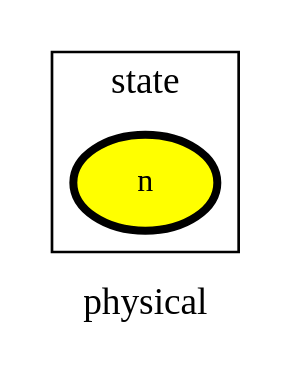
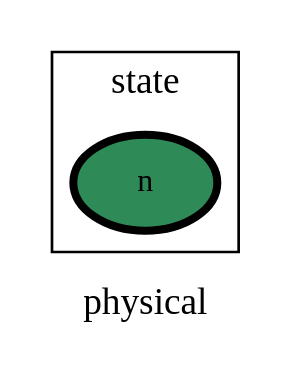
One commit to heinz-preisig/processes_distributed_no_interface_eqs changed the diagram in ontology_graphs/graph__physical.dot. Above: the diagram before and after it, drawn with Graphviz. The commit also changed 32 other files, not shown here.

```diff
--- a/ontology_graphs/graph__physical.dot
+++ b/ontology_graphs/graph__physical.dot
@@ -1,60 +1,60 @@
 digraph physical {
 label=physical;
 rankdir=LR;
 subgraph cluster_physical___network {
 label=network;
 rankdir=LR;
 }
 
 subgraph cluster_physical___differenceOperator {
 label=differenceOperator;
 rankdir=LR;
 }
 
 subgraph cluster_physical___frame {
 label=frame;
 rankdir=LR;
 }
 
 subgraph cluster_physical___state {
 label=state;
 rankdir=LR;
-V_1 [fillcolor=yellow, fontsize=12, label=n, penwidth=3, style=filled];
+V_1 [fillcolor=seagreen4, fontsize=12, label=n, penwidth=3, style=filled];
 }
 
 subgraph cluster_physical___constant {
 label=constant;
 rankdir=LR;
 }
 
 subgraph cluster_physical___effort {
 label=effort;
 rankdir=LR;
 }
 
 subgraph cluster_physical___secondaryState {
 label=secondaryState;
 rankdir=LR;
 }
 
 subgraph cluster_physical___diffState {
 label=diffState;
 rankdir=LR;
 }
 
 subgraph cluster_physical___conversion {
 label=conversion;
 rankdir=LR;
 }
 
 subgraph cluster_physical___controlInput {
 label=controlInput;
 rankdir=LR;
 }
 
 subgraph cluster_physical___observation {
 label=observation;
 rankdir=LR;
 }
 
 }
```
